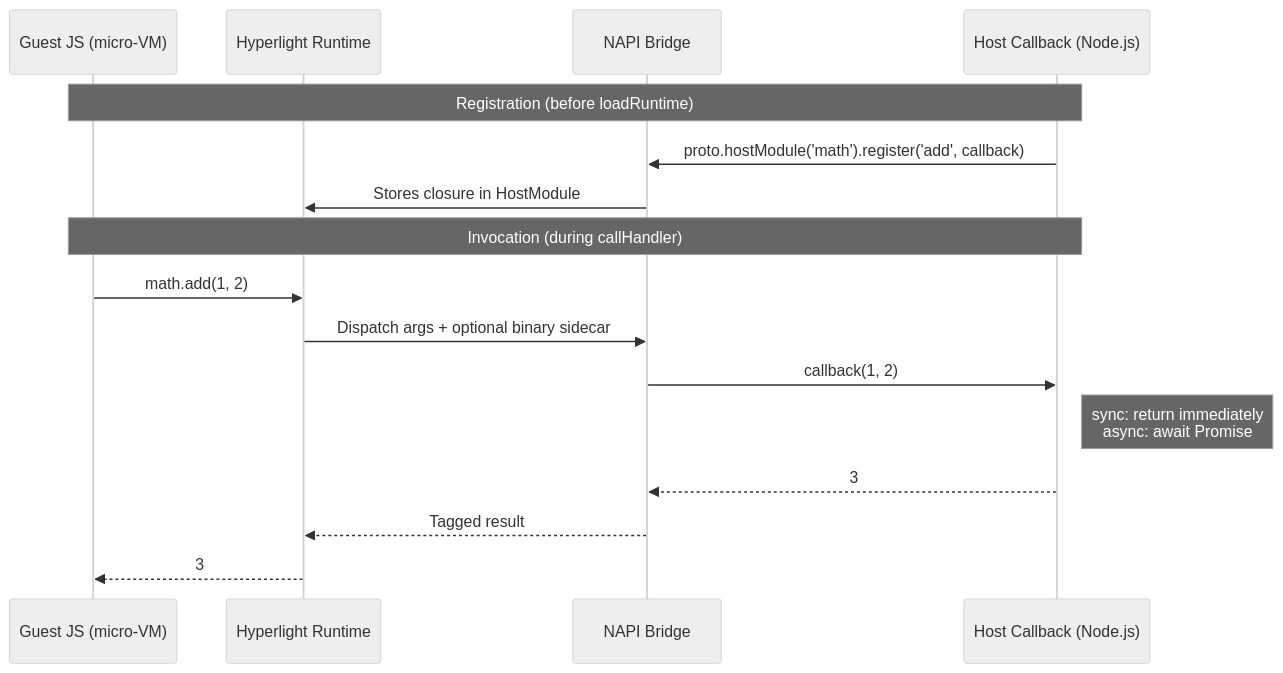
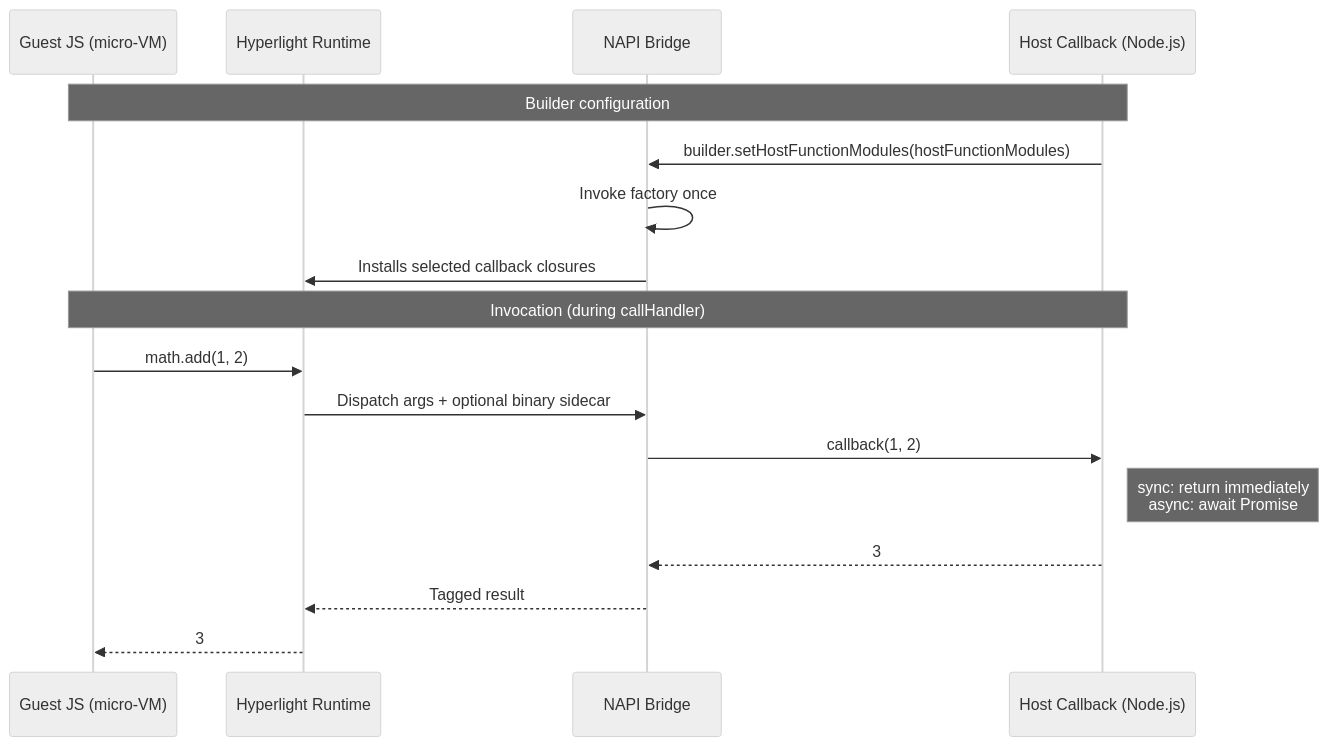
Before and after one commit to hyperlight-dev/hyperlight-js: the diagram in src/js-host-api/README.md, drawn with Mermaid (neutral theme). The commit also changed other lines of this file and 3 other files, not shown here.

````diff
--- a/src/js-host-api/README.md
+++ b/src/js-host-api/README.md
@@ -340,20 +375,21 @@
 ```mermaid
 sequenceDiagram
     participant Guest as Guest JS (micro-VM)
     participant HL as Hyperlight Runtime
     participant Bridge as NAPI Bridge
     participant Host as Host Callback (Node.js)
 
-    Note over Guest,Host: Registration (before loadRuntime)
-    Host->>Bridge: proto.hostModule('math').register('add', callback)
-    Bridge->>HL: Stores closure in HostModule
+    Note over Guest,Host: Builder configuration
+    Host->>Bridge: builder.setHostFunctionModules(hostFunctionModules)
+    Bridge->>Bridge: Invoke factory once
+    Bridge->>HL: Installs selected callback closures
 
     Note over Guest,Host: Invocation (during callHandler)
     Guest->>HL: math.add(1, 2)
     HL->>Bridge: Dispatch args + optional binary sidecar
     Bridge->>Host: callback(1, 2)
     Note right of Host: sync: return immediately<br/>async: await Promise
     Host-->>Bridge: 3
     Bridge-->>HL: Tagged result
     HL-->>Guest: 3
 ```
````
